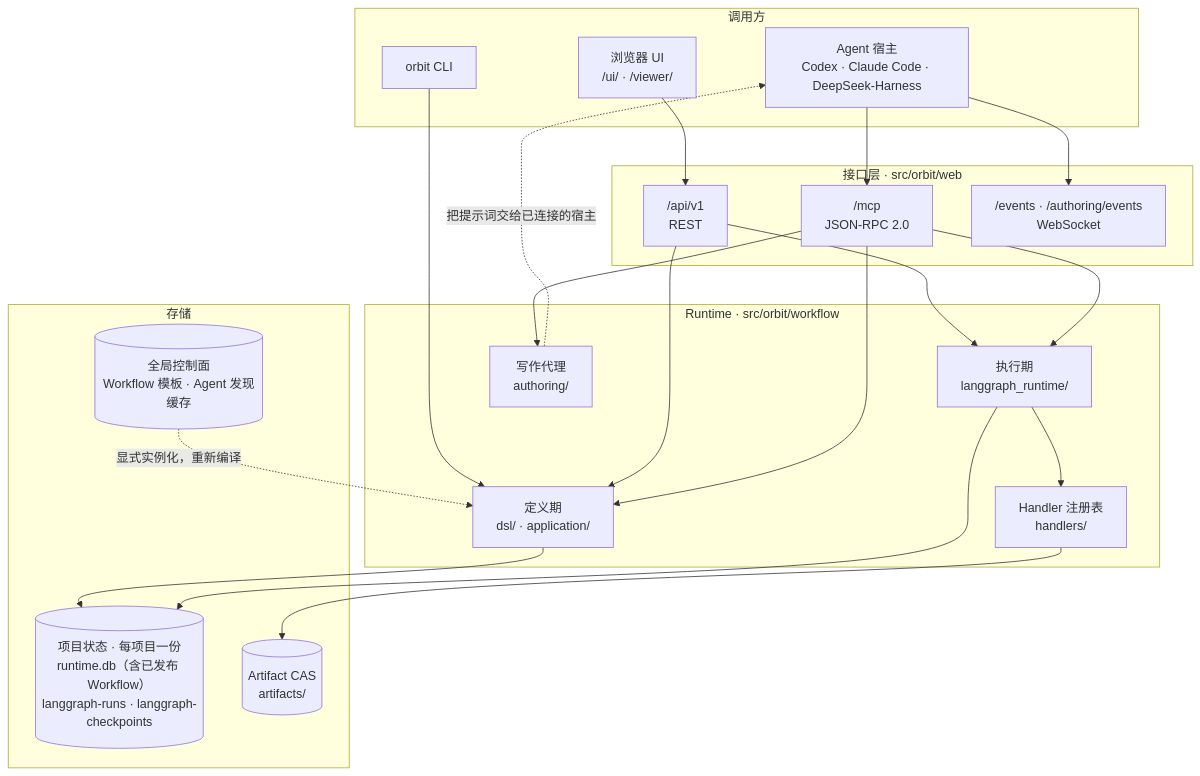
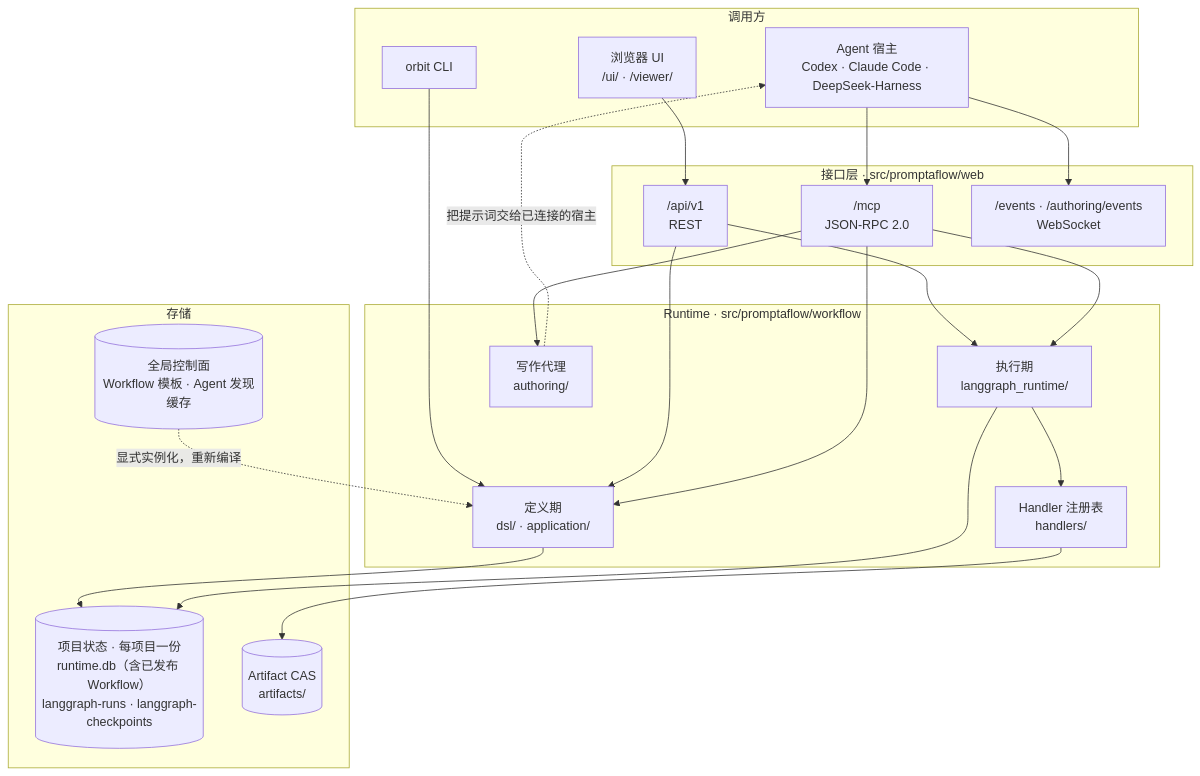
Before and after one commit to TNJ2026/orbit-runtime: the first of 6 diagrams in docs/architecture.md, drawn with Mermaid. The commit also changed other lines of this file and 55 other files, not shown here.

````diff
--- a/docs/architecture.md
+++ b/docs/architecture.md
@@ -34,45 +34,45 @@
 ```mermaid
 flowchart TB
     subgraph clients["调用方"]
         UI["浏览器 UI<br/>/ui/ · /viewer/"]
         HOST["Agent 宿主<br/>Codex · Claude Code · DeepSeek-Harness"]
         CLI["orbit CLI"]
     end
 
-    subgraph edge["接口层 · src/orbit/web"]
+    subgraph edge["接口层 · src/promptaflow/web"]
         REST["/api/v1<br/>REST"]
         MCP["/mcp<br/>JSON-RPC 2.0"]
         WS["/events · /authoring/events<br/>WebSocket"]
     end
 
-    subgraph core["Runtime · src/orbit/workflow"]
+    subgraph core["Runtime · src/promptaflow/workflow"]
         DSL["定义期<br/>dsl/ · application/"]
         LG["执行期<br/>langgraph_runtime/"]
         HR["Handler 注册表<br/>handlers/"]
         AU["写作代理<br/>authoring/"]
     end
 
     subgraph store["存储"]
         GLOBAL[("全局控制面<br/>Workflow 模板 · Agent 发现缓存")]
         PRJ[("项目状态 · 每项目一份<br/>runtime.db（含已发布 Workflow）<br/>langgraph-runs · langgraph-checkpoints")]
         ART[("Artifact CAS<br/>artifacts/")]
     end
 
     UI --> REST
     HOST --> MCP
     HOST --> WS
     CLI --> DSL
 
     REST --> DSL
     REST --> LG
     MCP --> DSL
     MCP --> LG
     MCP --> AU
 
     DSL --> PRJ
     GLOBAL -."显式实例化，重新编译".-> DSL
     LG --> PRJ
     LG --> HR
     HR --> ART
     AU -. "把提示词交给已连接的宿主" .-> HOST
 ```
````
